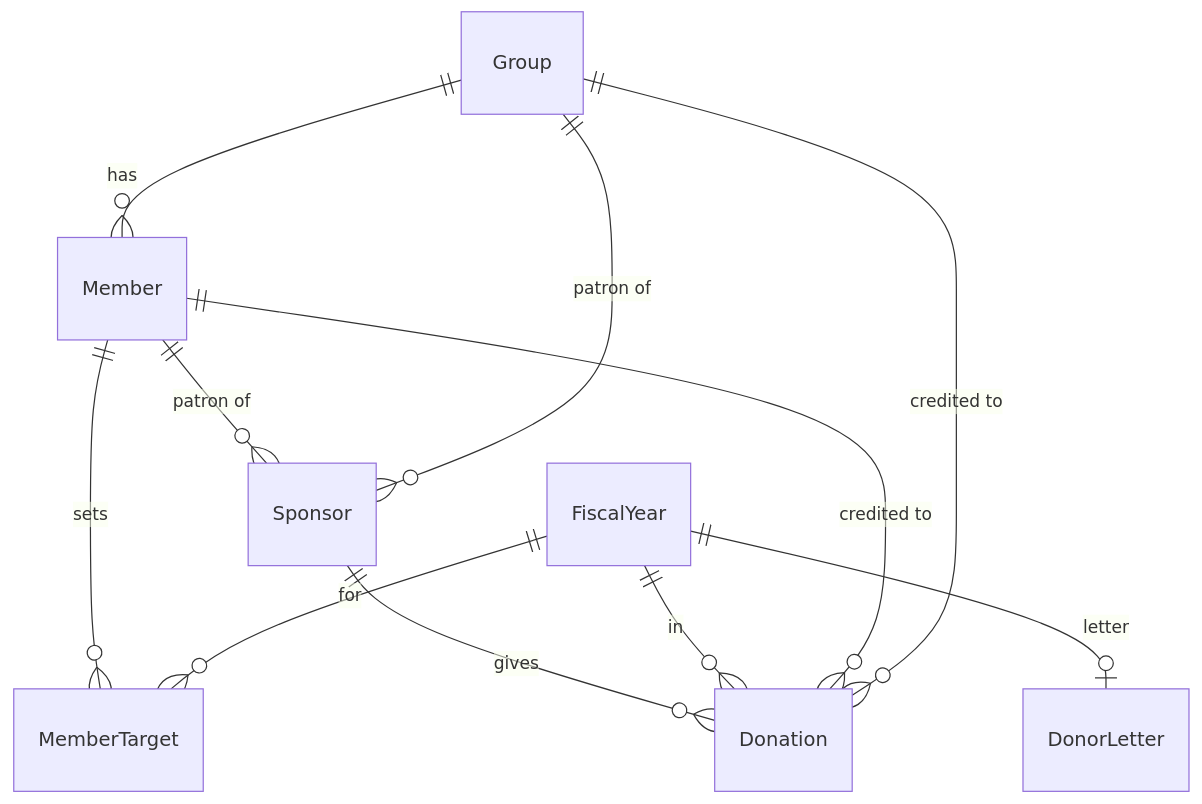
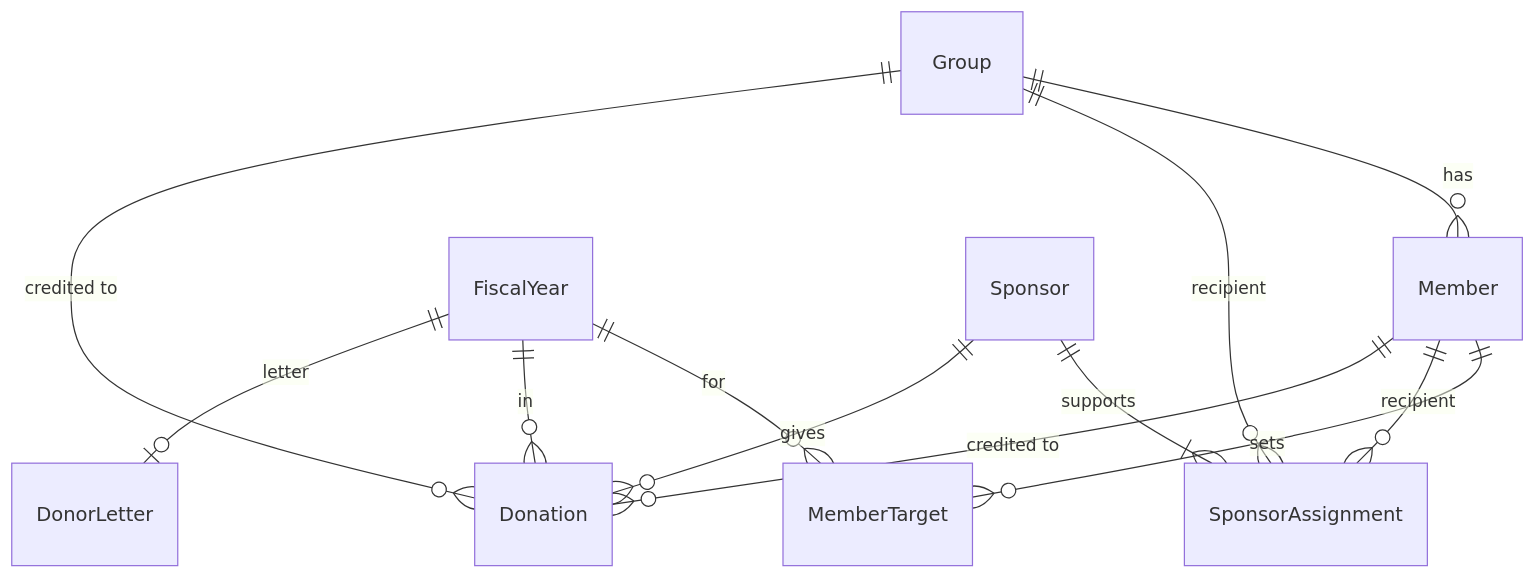
The diagram in README.md (moetiker/DonorFlow), drawn with Mermaid before and after one commit. The commit also changed other lines of this file and 8 other files, not shown here.

````diff
--- a/README.md
+++ b/README.md
@@ -66,13 +71,14 @@
 ```mermaid
 erDiagram
     Group ||--o{ Member : "has"
     Member ||--o{ MemberTarget : "sets"
     FiscalYear ||--o{ MemberTarget : "for"
-    Member ||--o{ Sponsor : "patron of"
-    Group ||--o{ Sponsor : "patron of"
+    Sponsor ||--|{ SponsorAssignment : "supports"
+    Member ||--o{ SponsorAssignment : "recipient"
+    Group ||--o{ SponsorAssignment : "recipient"
     Sponsor ||--o{ Donation : "gives"
     FiscalYear ||--o{ Donation : "in"
     Member ||--o{ Donation : "credited to"
     Group ||--o{ Donation : "credited to"
     FiscalYear ||--o| DonorLetter : "letter"
 ```
````
